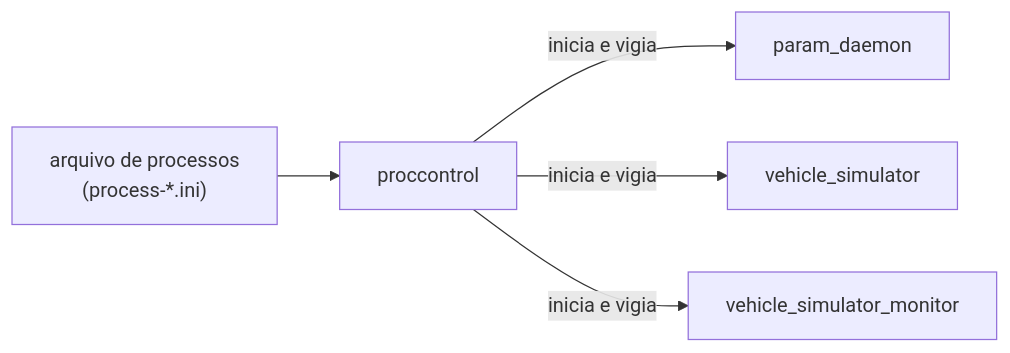
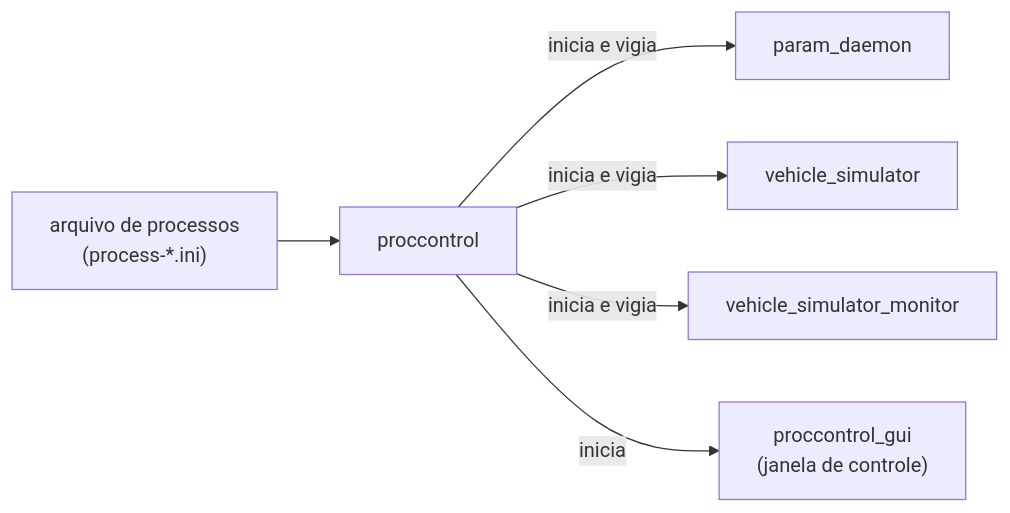
The diagram in README.md (BrenoCSilva/lume), drawn with Mermaid before and after one commit. The commit also changed other lines of this file, not shown here.

````diff
--- a/README.md
+++ b/README.md
@@ -17,7 +17,8 @@
 ```mermaid
 flowchart LR
     F["arquivo de processos<br/>(process-*.ini)"] --> PC["proccontrol"]
     PC -- "inicia e vigia" --> PD["param_daemon"]
     PC -- "inicia e vigia" --> S["vehicle_simulator"]
     PC -- "inicia e vigia" --> M["vehicle_simulator_monitor"]
+    PC -- "inicia" --> G["proccontrol_gui<br/>(janela de controle)"]
 ```
````
